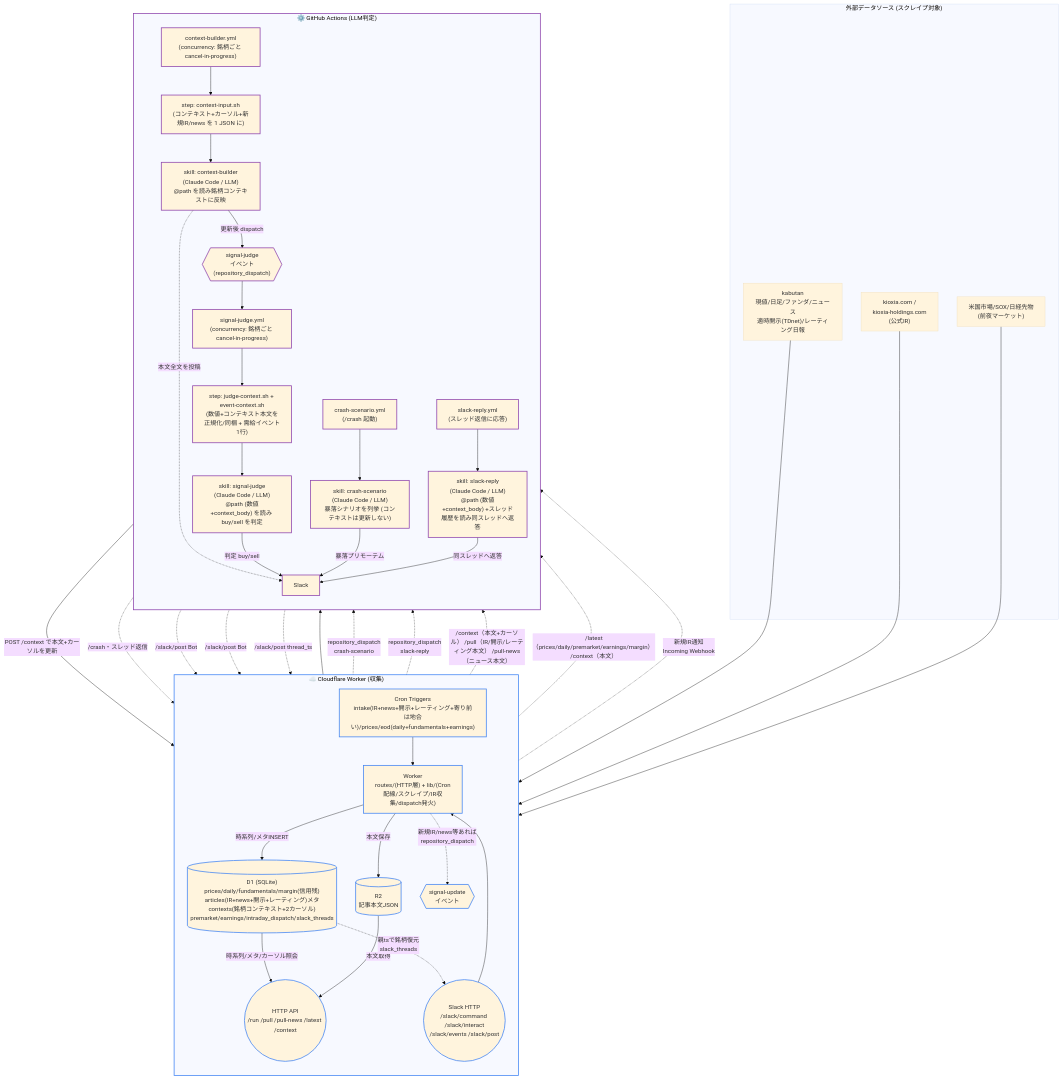
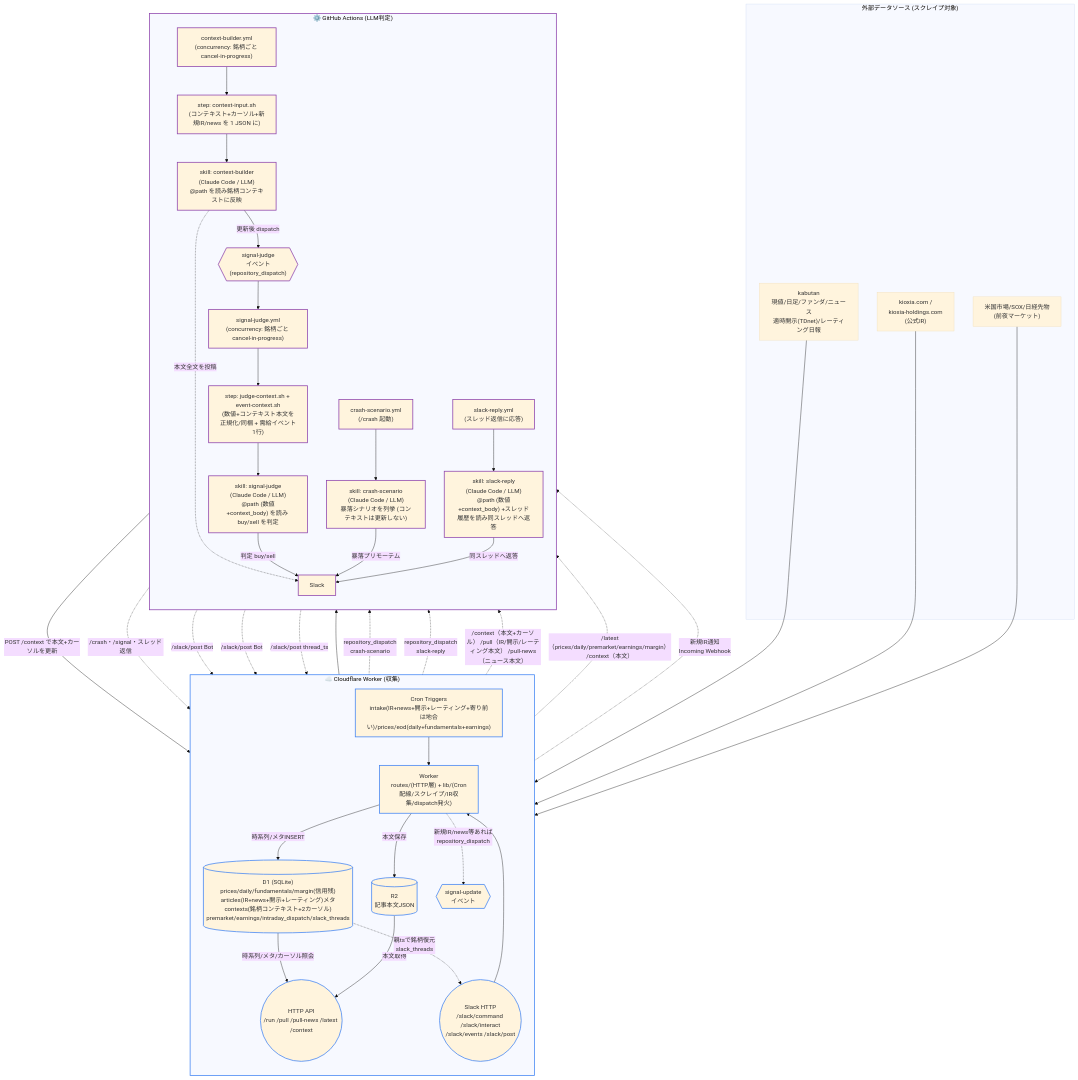
One commit to omni-stove/stock-signals changed the first of 4 diagrams in README.md. Above: the diagram before and after it, drawn with Mermaid (base theme). The commit also changed other lines of this file and 9 other files, not shown here.

````diff
--- a/README.md
+++ b/README.md
@@ -35,81 +36,81 @@
 ```mermaid
 flowchart TB
     subgraph EXT["外部データソース (スクレイプ対象)"]
         KABUTAN["kabutan<br/>現値/日足/ファンダ/ニュース<br/>適時開示(TDnet)/レーティング日報"]
         KIOXIA["kioxia.com /<br/>kioxia-holdings.com<br/>(公式IR)"]
         MARKET["米国市場/SOX/日経先物<br/>(前夜マーケット)"]
     end
 
     subgraph CLOUD["☁️ Cloudflare Worker (収集)"]
         direction TB
         CRON_CF["Cron Triggers<br/>intake(IR+news+開示+レーティング+寄り前は地合い)/prices/eod(daily+fundamentals+earnings)"]
         WORKER["Worker<br/>routes/(HTTP層) + lib/(Cron配線/スクレイプ/IR収集/dispatch発火)"]
         D1[("D1 (SQLite)<br/>prices/daily/fundamentals/margin(信用残)<br/>articles(IR+news+開示+レーティング)メタ<br/>contexts(銘柄コンテキスト+2カーソル)<br/>premarket/earnings/intraday_dispatch/slack_threads")]
         R2[("R2<br/>記事本文JSON")]
         API((HTTP API<br/>/run /pull /pull-news /latest /context))
         SLACKAPI((Slack HTTP<br/>/slack/command /slack/interact<br/>/slack/events /slack/post))
         CRON_CF --> WORKER
         WORKER -->|時系列/メタINSERT| D1
         WORKER -->|本文保存| R2
         D1 -->|時系列/メタ/カーソル照会| API
         R2 -->|本文取得| API
         SLACKAPI --> WORKER
         D1 -.->|親tsで銘柄復元<br/>slack_threads| SLACKAPI
         WORKER -.->|新規IR/news等あれば<br/>repository_dispatch| DISPATCH{{"signal-update<br/>イベント"}}
     end
 
     subgraph GHA["⚙️ GitHub Actions (LLM判定)"]
         direction TB
         CTXWF["context-builder.yml<br/>(concurrency: 銘柄ごと cancel-in-progress)"]
         CTXIN["step: context-input.sh<br/>(コンテキスト+カーソル+新規IR/news を 1 JSON に)"]
         CTXSKILL["skill: context-builder<br/>(Claude Code / LLM)<br/>@path を読み銘柄コンテキストに反映"]
         JUDGEDISP{{"signal-judge<br/>イベント<br/>(repository_dispatch)"}}
         JUDGEWF["signal-judge.yml<br/>(concurrency: 銘柄ごと cancel-in-progress)"]
         JUDGECTX["step: judge-context.sh + event-context.sh<br/>(数値+コンテキスト本文を正規化/同梱 + 需給イベント1行)"]
         JUDGESKILL["skill: signal-judge<br/>(Claude Code / LLM)<br/>@path (数値+context_body) を読み buy/sell を判定"]
         CRASHWF["crash-scenario.yml<br/>(/crash 起動)"]
         CRASHSKILL["skill: crash-scenario<br/>(Claude Code / LLM)<br/>暴落シナリオを列挙 (コンテキストは更新しない)"]
         REPLYWF["slack-reply.yml<br/>(スレッド返信に応答)"]
         REPLYSKILL["skill: slack-reply<br/>(Claude Code / LLM)<br/>@path (数値+context_body) +スレッド履歴を読み同スレッドへ返答"]
         SLACK["Slack"]
         CTXWF --> CTXIN --> CTXSKILL -->|POST /context で本文+カーソルを更新| API
         CTXSKILL -->|更新後 dispatch| JUDGEDISP --> JUDGEWF --> JUDGECTX --> JUDGESKILL
         CTXSKILL -.->|本文全文を投稿| SLACK
         JUDGESKILL -->|判定 buy/sell| SLACK
         CRASHWF --> CRASHSKILL
         CRASHSKILL -->|暴落プリモーテム| SLACK
         REPLYWF --> REPLYSKILL
         REPLYSKILL -->|同スレッドへ返答| SLACK
     end
 
     %% 外部 → 収集
     KABUTAN --> WORKER
     KIOXIA --> WORKER
     MARKET --> WORKER
 
     %% subgraph を縦に固定 (不可視リンク: subgraph 単位で上下を強制)
     EXT ~~~ CLOUD
     CLOUD ~~~ GHA
 
     %% Worker → Actions
     DISPATCH --> CTXWF
     WORKER -.->|repository_dispatch<br/>crash-scenario| CRASHWF
     WORKER -.->|repository_dispatch<br/>slack-reply| REPLYWF
 
     %% Actions → Worker (材料引きは workflow step が代行し skill へ @path で渡す)
     %% 縦積みを崩さぬよう横断する戻り参照は破線 (重み低)
     API -.->|/context（本文+カーソル） /pull（IR/開示/レーティング本文） /pull-news（ニュース本文）| CTXIN
     API -.->|/latest（prices/daily/premarket/earnings/margin） /context（本文）| JUDGECTX
 
     %% Slack 連携 (双方向)
-    SLACK -.->|/crash・スレッド返信| SLACKAPI
+    SLACK -.->|/crash・/signal・スレッド返信| SLACKAPI
     JUDGESKILL -.->|/slack/post Bot| SLACKAPI
     CRASHSKILL -.->|/slack/post Bot| SLACKAPI
     REPLYSKILL -.->|/slack/post thread_ts| SLACKAPI
     WORKER -.->|新規IR通知<br/>Incoming Webhook| SLACK
 
     classDef cloud stroke:#4285f4,stroke-width:2px
     classDef gha stroke:#8e44ad,stroke-width:2px
     class CLOUD,CRON_CF,WORKER,D1,R2,API,SLACKAPI,DISPATCH cloud
     class GHA,CTXWF,CTXIN,CTXSKILL,JUDGEDISP,JUDGEWF,JUDGECTX,JUDGESKILL,CRASHWF,CRASHSKILL,REPLYWF,REPLYSKILL,SLACK gha
 ```
````
